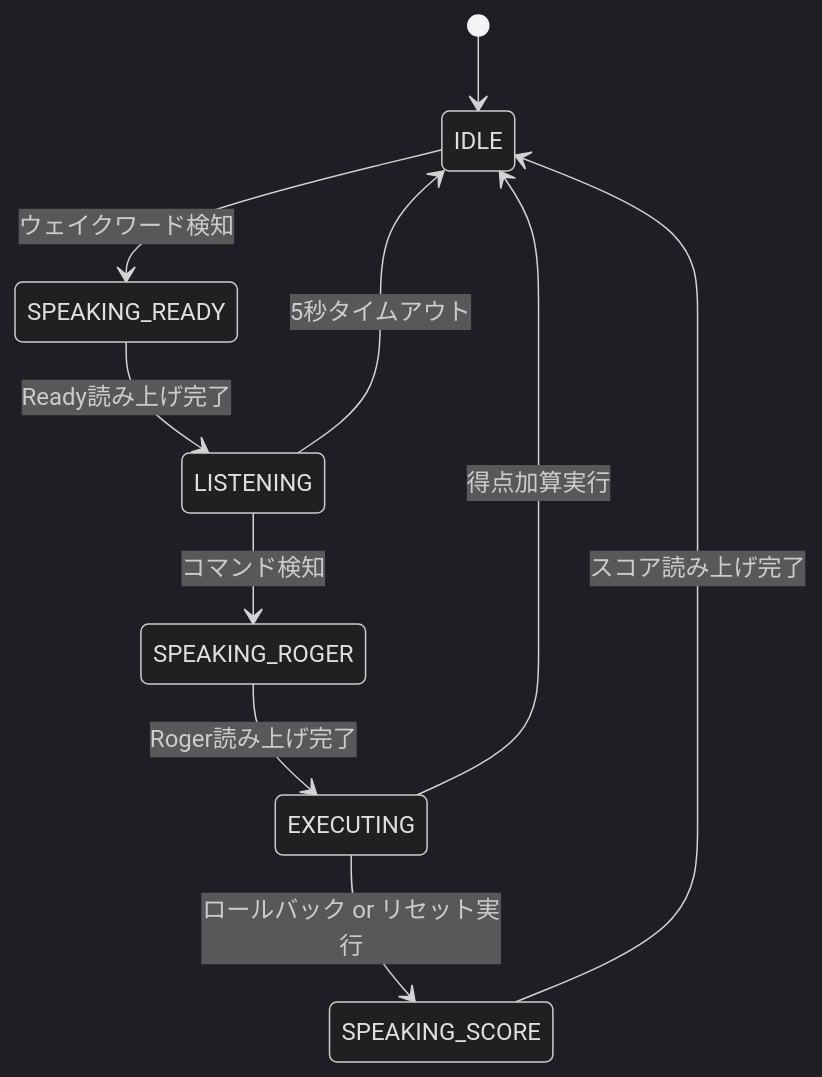
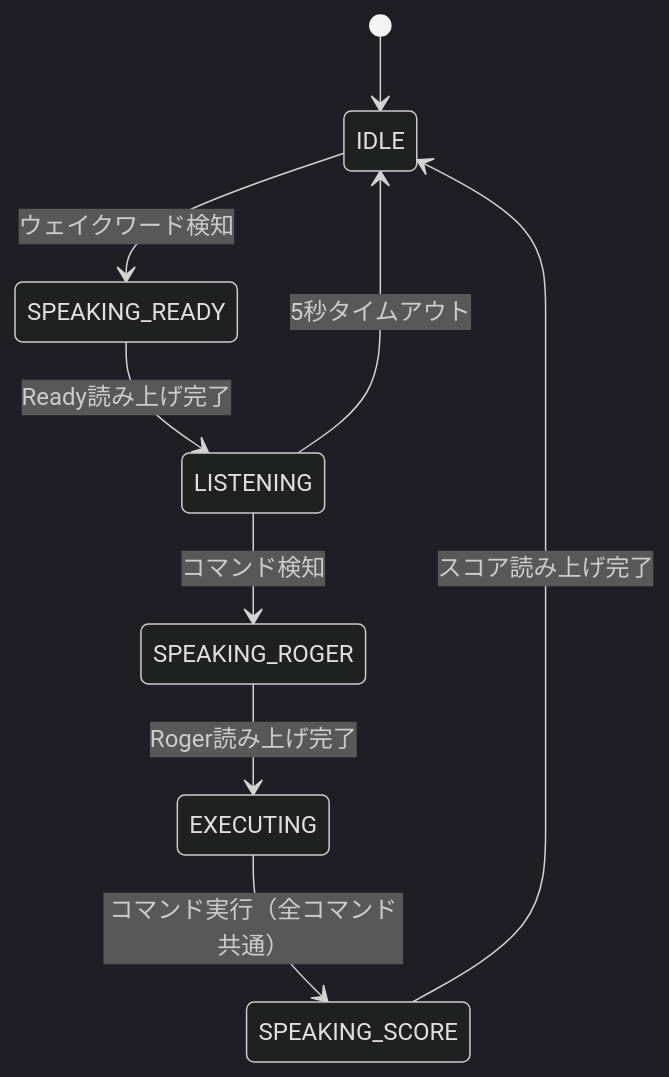
Before and after one commit to d-kishi/voice-scoreboard: the second of 4 diagrams in .kiro/specs/voice-scoreboard/design.md, drawn with Mermaid (dark theme). The commit also changed 10 other files, not shown here.

````diff
--- a/.kiro/specs/voice-scoreboard/design.md
+++ b/.kiro/specs/voice-scoreboard/design.md
@@ -169,13 +169,12 @@
 ```mermaid
 stateDiagram-v2
     [*] --> IDLE
 
     IDLE --> SPEAKING_READY: ウェイクワード検知
     SPEAKING_READY --> LISTENING: Ready読み上げ完了
     LISTENING --> SPEAKING_ROGER: コマンド検知
     LISTENING --> IDLE: 5秒タイムアウト
     SPEAKING_ROGER --> EXECUTING: Roger読み上げ完了
-    EXECUTING --> SPEAKING_SCORE: ロールバック or リセット実行
-    EXECUTING --> IDLE: 得点加算実行
+    EXECUTING --> SPEAKING_SCORE: コマンド実行（全コマンド共通）
     SPEAKING_SCORE --> IDLE: スコア読み上げ完了
 ```
````
